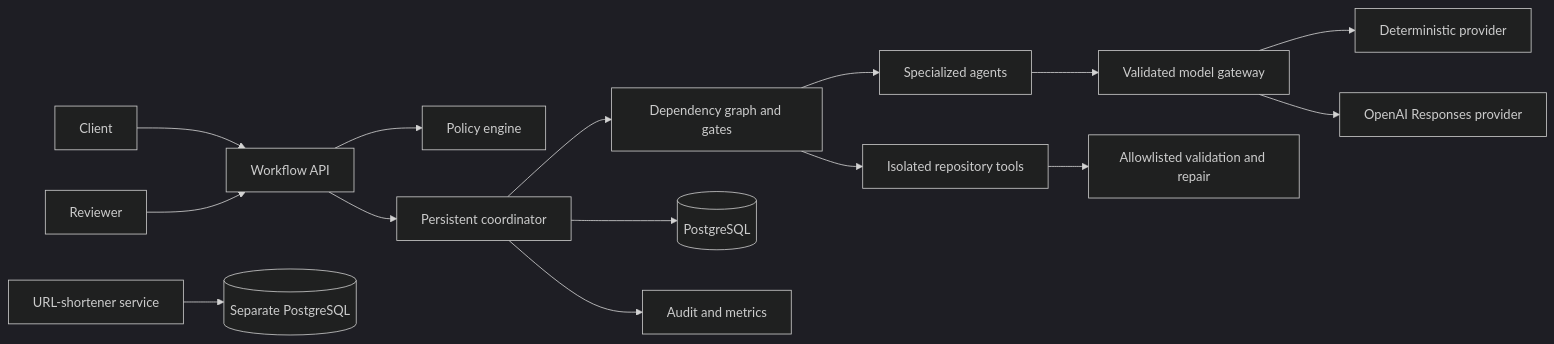
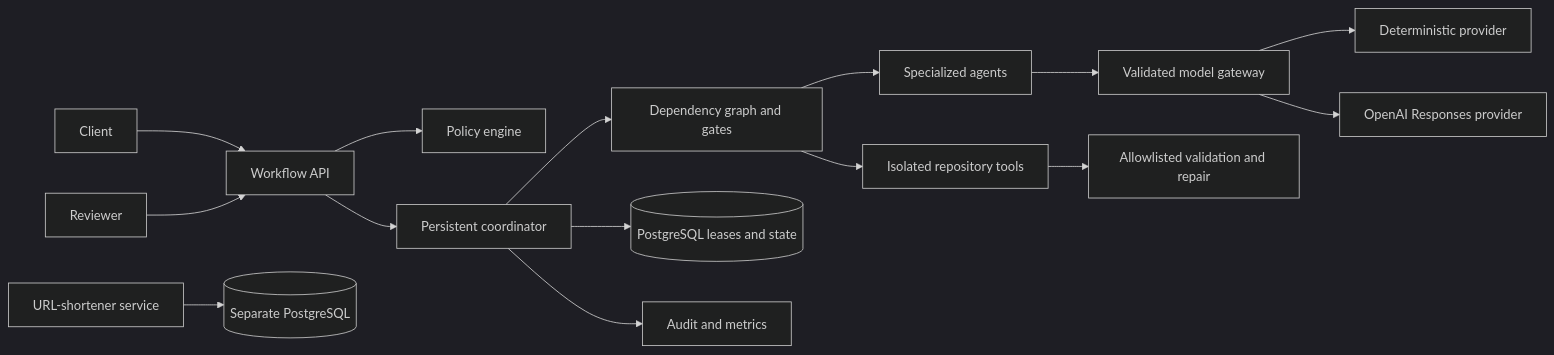
The diagram in docs/ARCHITECTURE.md (Ancha-Bhavana/agentic-sdlc-platform), drawn with Mermaid (dark theme) before and after one commit. The commit also changed other lines of this file and 22 other files, not shown here.

````diff
--- a/docs/ARCHITECTURE.md
+++ b/docs/ARCHITECTURE.md
@@ -9,17 +9,17 @@
 ```mermaid
 flowchart LR
     Client --> API[Workflow API]
     API --> Policy[Policy engine]
     API --> Coordinator[Persistent coordinator]
     Coordinator --> Graph[Dependency graph and gates]
     Graph --> Agents[Specialized agents]
     Agents --> Model[Validated model gateway]
     Model --> Deterministic[Deterministic provider]
     Model --> OpenAI[OpenAI Responses provider]
     Graph --> Repo[Isolated repository tools]
     Repo --> Validation[Allowlisted validation and repair]
-    Coordinator --> DB[(PostgreSQL)]
+    Coordinator --> DB[(PostgreSQL leases and state)]
     Coordinator --> Audit[Audit and metrics]
     Reviewer --> API
     Shortener[URL-shortener service] --> ShortDB[(Separate PostgreSQL)]
 ```
````
